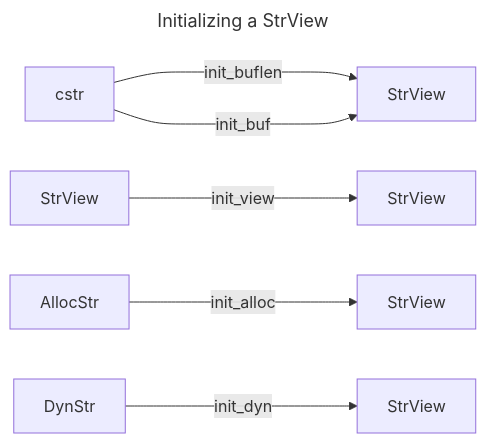
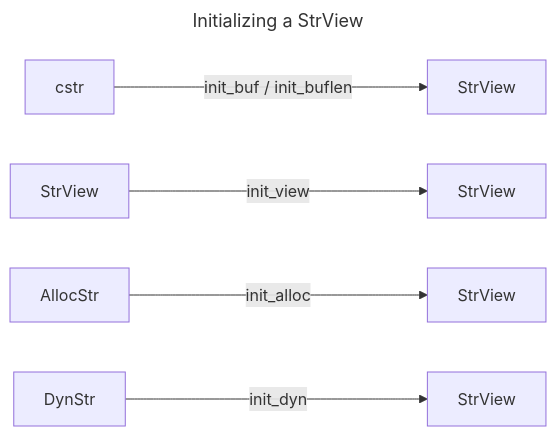
The third of 3 diagrams in src/util/str/README.md (kvbc/rylang), drawn with Mermaid before and after one commit. The commit also changed other lines of this file, not shown here.

````diff
--- a/src/util/str/README.md
+++ b/src/util/str/README.md
@@ -41,14 +47,13 @@
 ```mermaid
 ---
 title: Initializing a StrView
 ---
 graph LR
-    cstr -- init_buflen ----> A[StrView]
-    cstr -- init_buf    ----> A[StrView]
+    cstr -- init_buf / init_buflen ----> A[StrView]
 
     B[StrView] ----> |init_view| C[StrView]
 
     AllocStr ----> |init_alloc| D[StrView]
 
     DynStr -- init_dyn ----> StrView
 ```
````
